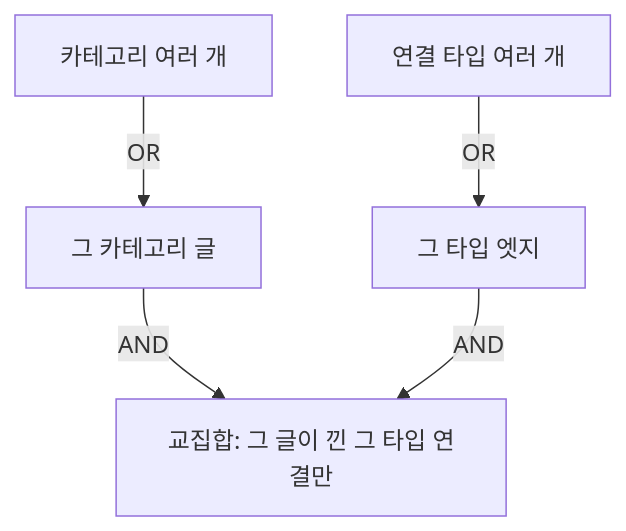
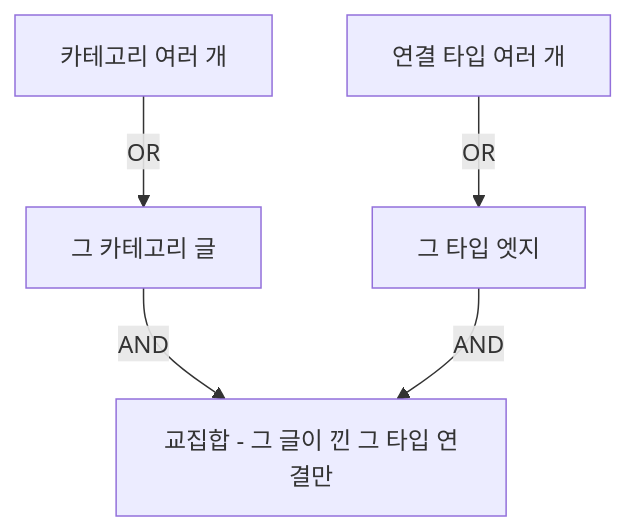
The diagram in src/content/posts/polish-round-13.md (RJ-Stony/injoy), drawn with Mermaid before and after one commit. The commit also changed other lines of this file and 1 other file, not shown here.

````diff
--- a/src/content/posts/polish-round-13.md
+++ b/src/content/posts/polish-round-13.md
@@ -102,7 +103,7 @@
 ```mermaid
 flowchart TD
   C["카테고리 여러 개"] -->|OR| P["그 카테고리 글"]
   E["연결 타입 여러 개"] -->|OR| L["그 타입 엣지"]
-  P -->|AND| R["교집합: 그 글이 낀 그 타입 연결만"]
+  P -->|AND| R["교집합 - 그 글이 낀 그 타입 연결만"]
   L -->|AND| R
 ```
````
